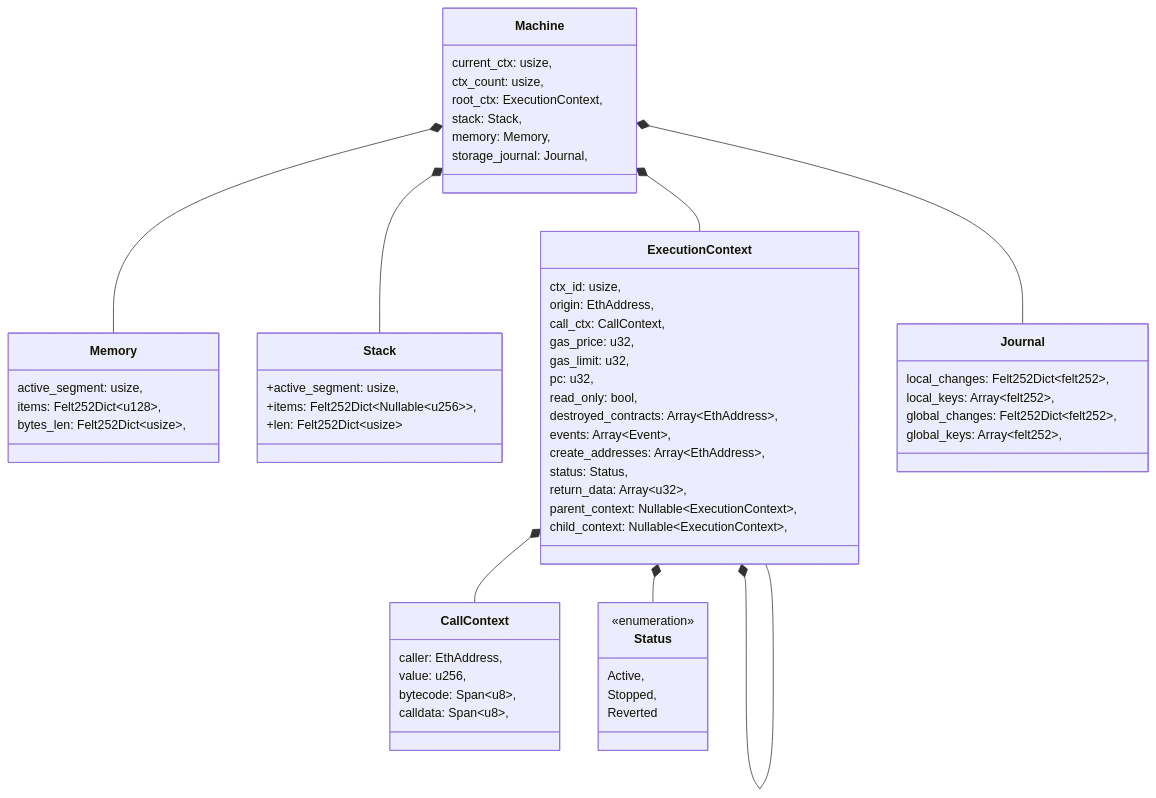
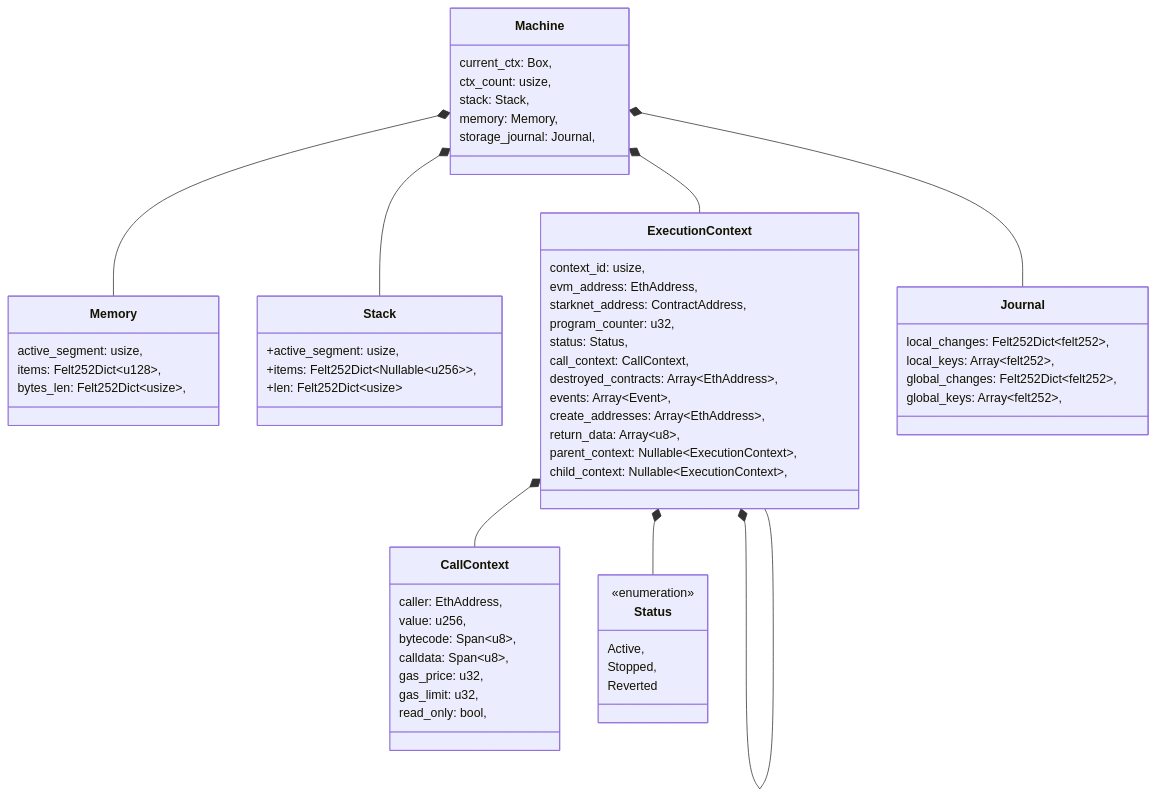
Before and after one commit to kkrt-labs/kakarot-ssj: the diagram in docs/general/machine.md, drawn with Mermaid. The commit also changed other lines of this file and 33 other files, not shown here.

First line of the commit message:
Feat/execution context update (#384)

````diff
--- a/docs/general/machine.md
+++ b/docs/general/machine.md
@@ -43,70 +45,71 @@
 ```mermaid
 classDiagram
     class Machine{
-        current_ctx: usize,
+        current_ctx: Box<ExecutionContext>,
         ctx_count: usize,
-        root_ctx: ExecutionContext,
         stack: Stack,
         memory: Memory,
         storage_journal: Journal,
     }
 
     class Memory{
         active_segment: usize,
         items: Felt252Dict~u128~,
         bytes_len: Felt252Dict~usize~,
     }
 
     class Stack{
         +active_segment: usize,
         +items: Felt252Dict~Nullable~u256~~,
         +len: Felt252Dict~usize~
     }
 
     class ExecutionContext{
-        ctx_id: usize,
-        origin: EthAddress,
-        call_ctx: CallContext,
-        gas_price: u32,
-        gas_limit: u32,
-        pc: u32,
-        read_only: bool,
+        context_id: usize,
+        evm_address: EthAddress,
+        starknet_address: ContractAddress,
+        program_counter: u32,
+        status: Status,
+        call_context: CallContext,
         destroyed_contracts: Array~EthAddress~,
         events: Array~Event~,
         create_addresses: Array~EthAddress~,
-        status: Status,
-        return_data: Array~u32~,
+        return_data: Array~u8~,
         parent_context: Nullable~ExecutionContext~,
         child_context: Nullable~ExecutionContext~,
     }
+
 
     class CallContext{
         caller: EthAddress,
         value: u256,
         bytecode: Span~u8~,
         calldata: Span~u8~,
+        gas_price: u32,
+        gas_limit: u32,
+        read_only: bool,
     }
 
     class Journal{
         local_changes: Felt252Dict~felt252~,
         local_keys: Array~felt252~,
         global_changes: Felt252Dict~felt252~,
         global_keys: Array~felt252~,
     }
 
     class Status{
     <<enumeration>>
       Active,
       Stopped,
       Reverted
     }
 
 
     Machine *-- Memory
     Machine *-- Stack
     Machine *-- ExecutionContext
     Machine *-- Journal
     ExecutionContext *-- ExecutionContext
     ExecutionContext *-- CallContext
     ExecutionContext *-- Status
 ```
````
